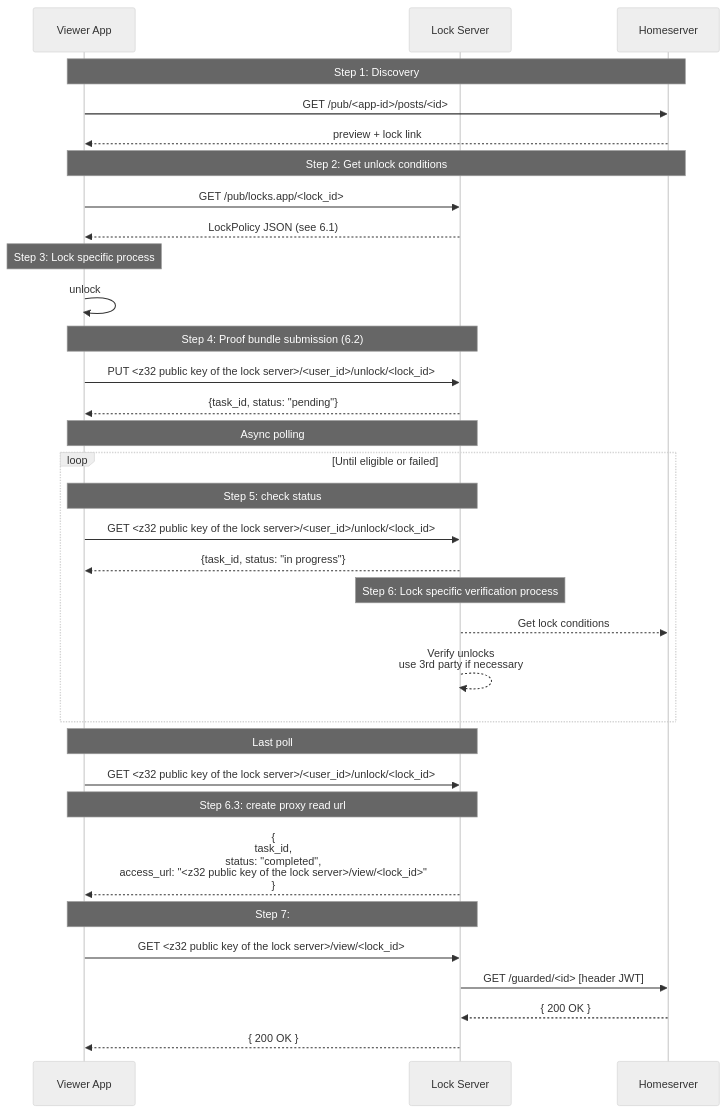
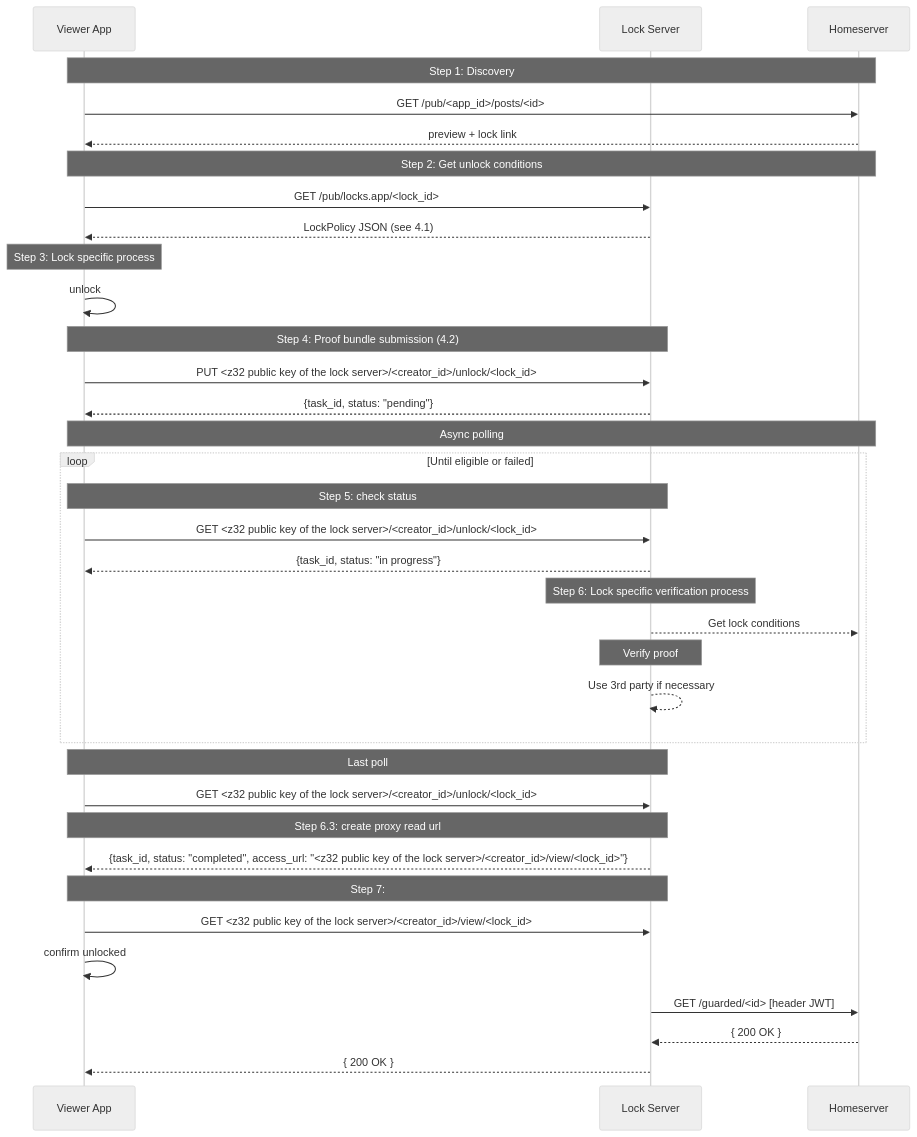
One commit to BitcoinErrorLog/pubky-locks changed the second of 2 diagrams in lock_server.md. Above: the diagram before and after it, drawn with Mermaid (neutral theme). The commit also changed other lines of this file, not shown here.

Commit message:
lock server proxy view: updated

````diff
--- a/lock_server.md
+++ b/lock_server.md
@@ -127,43 +128,46 @@
 ```mermaid
 sequenceDiagram
   participant V as Viewer App
   participant L as Lock Server
   participant H as Homeserver
 
   Note over V,H: Step 1: Discovery
-  V->>H: GET /pub/<app-id>/posts/<id>
+  V->>H: GET /pub/<app_id>/posts/<id>
   H-->>V: preview + lock link
 
   Note over V,H: Step 2: Get unlock conditions
   V->>L: GET /pub/locks.app/<lock_id>
-  L-->>V: LockPolicy JSON (see 6.1)
+  L-->>V: LockPolicy JSON (see 4.1)
 
   Note over V,V: Step 3: Lock specific process
   V->>V: unlock
 
-  Note over V,L: Step 4: Proof bundle submission (6.2)
-  V->>L: PUT <z32 public key of the lock server>/<user_id>/unlock/<lock_id>
+  Note over V,L: Step 4: Proof bundle submission (4.2)
+  V->>L: PUT <z32 public key of the lock server>/<creator_id>/unlock/<lock_id>
   L-->>V: {task_id, status: "pending"}
 
-  Note over V,L: Async polling
+  Note over V,H: Async polling
   loop Until eligible or failed
     Note over V,L: Step 5: check status
-    V->>L: GET <z32 public key of the lock server>/<user_id>/unlock/<lock_id>
+    V->>L: GET <z32 public key of the lock server>/<creator_id>/unlock/<lock_id>
     L-->>V: {task_id, status: "in progress"}
 
     Note over L,L: Step 6: Lock specific verification process
     L-->>H: Get lock conditions
-    L-->>L: Verify unlocks <br/> use 3rd party if necessary
+    Note over L,L: Verify proof
+    L-->>L: Use 3rd party if necessary
   end
 
   Note over V,L: Last poll
-  V->>L: GET <z32 public key of the lock server>/<user_id>/unlock/<lock_id>
+  V->>L: GET <z32 public key of the lock server>/<creator_id>/unlock/<lock_id>
+
   Note over L,V: Step 6.3: create proxy read url
-  L-->>V: {<br/>task_id,<br/> status: "completed", <br/>access_url: "<z32 public key of the lock server>/view/<lock_id>"<br/>}
+  L-->>V: {task_id, status: "completed", access_url: "<z32 public key of the lock server>/<creator_id>/view/<lock_id>"}
 
   Note over V,L: Step 7:
-  V->>L: GET <z32 public key of the lock server>/view/<lock_id>
+  V->>L: GET <z32 public key of the lock server>/<creator_id>/view/<lock_id>
+  V->>V: confirm unlocked
   L->>H: GET /guarded/<id> [header JWT] 
   H-->>L: { 200 OK }
   L-->>V: { 200 OK }
 ```
````
